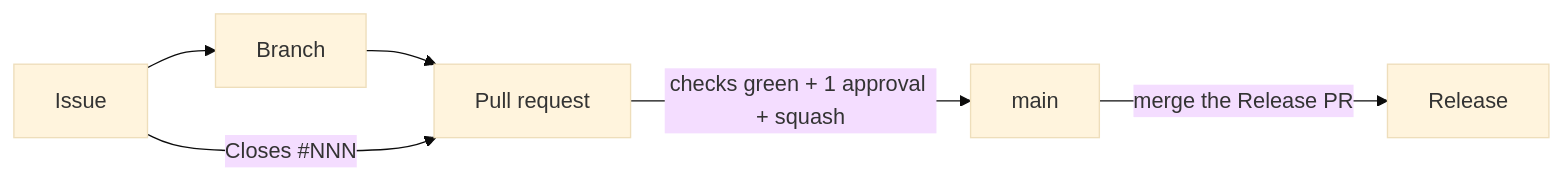
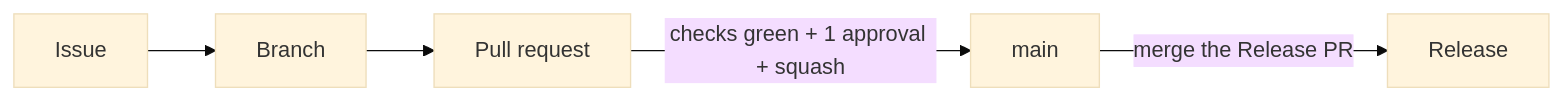
Before and after one commit to Julian52575/DokKodi: the diagram in CONTRIBUTING.md, drawn with Mermaid (base theme). The commit also changed other lines of this file and 146 other files, not shown here.

````diff
--- a/CONTRIBUTING.md
+++ b/CONTRIBUTING.md
@@ -18,7 +32,6 @@
 ```mermaid
 flowchart LR
     ISSUE["Issue"] --> BRANCH["Branch"] --> PR["Pull request"]
-    ISSUE -- "Closes #NNN" --> PR
     PR -- "checks green + 1 approval + squash" --> MAIN["main"]
     MAIN -- "merge the Release PR" --> RELEASE["Release"]
 ```
````
